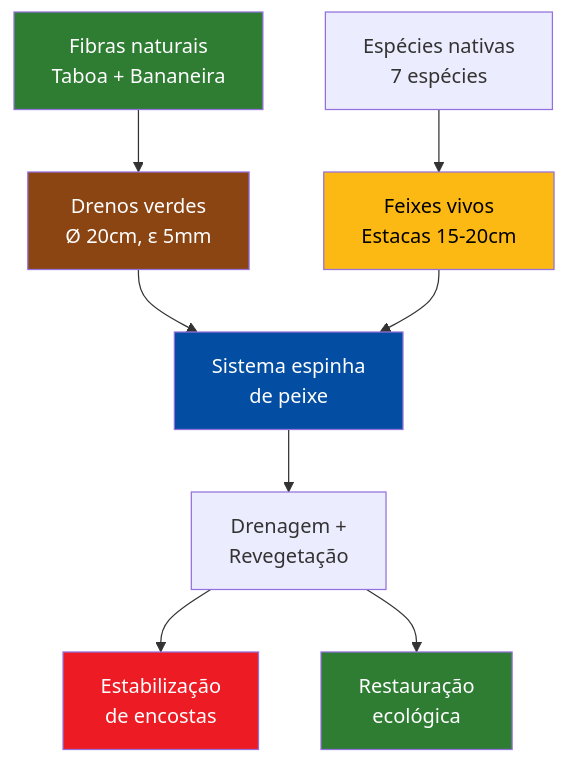
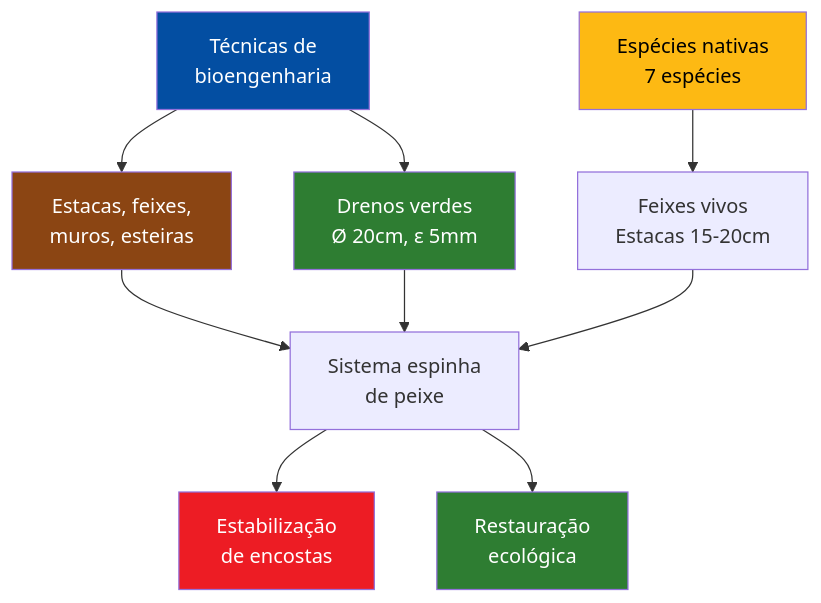
The tenth of 10 diagrams in aulas/bioengenharia_de_solos/aulas/aula10_feixes_vivos/aula10_feixes_vivos.qmd (ldvsantos/cv), drawn with Mermaid before and after one commit. The commit also changed other lines of this file and 23 other files, not shown here.

Commit message:
Aula 10: reestrutura feixes vivos  inicia por tecnicas de bioengenharia (6 tecnicas do paper XXIII SBRH), drenos verdes apos; adiciona 7 fotos de especies vegetais (Wikimedia) e 7 fotos de referencia das tecnicas

````diff
--- a/aulas/bioengenharia_de_solos/aulas/aula10_feixes_vivos/aula10_feixes_vivos.qmd
+++ b/aulas/bioengenharia_de_solos/aulas/aula10_feixes_vivos/aula10_feixes_vivos.qmd
@@ -945,17 +1112,18 @@
 ```{mermaid}
 %%| fig-width: 5
 graph TD
-    A["Fibras naturais<br>Taboa + Bananeira"] --> B["Drenos verdes<br>Ø 20cm, ε 5mm"]
-    C["Espécies nativas<br>7 espécies"] --> D["Feixes vivos<br>Estacas 15-20cm"]
-    B --> E["Sistema espinha<br>de peixe"]
-    D --> E
-    E --> F["Drenagem +<br>Revegetação"]
+    A["Técnicas de<br>bioengenharia"] --> B["Estacas, feixes,<br>muros, esteiras"]
+    A --> C["Drenos verdes<br>Ø 20cm, ε 5mm"]
+    D["Espécies nativas<br>7 espécies"] --> E["Feixes vivos<br>Estacas 15-20cm"]
+    B --> F["Sistema espinha<br>de peixe"]
+    C --> F
+    E --> F
     F --> G["Estabilização<br>de encostas"]
     F --> H["Restauração<br>ecológica"]
-    style A fill:#2E7D32,color:#fff
+    style A fill:#034EA2,color:#fff
     style B fill:#8B4513,color:#fff
+    style C fill:#2E7D32,color:#fff
     style D fill:#FDB913,color:#000
-    style E fill:#034EA2,color:#fff
     style G fill:#ED1C24,color:#fff
     style H fill:#2E7D32,color:#fff
 ```
````
